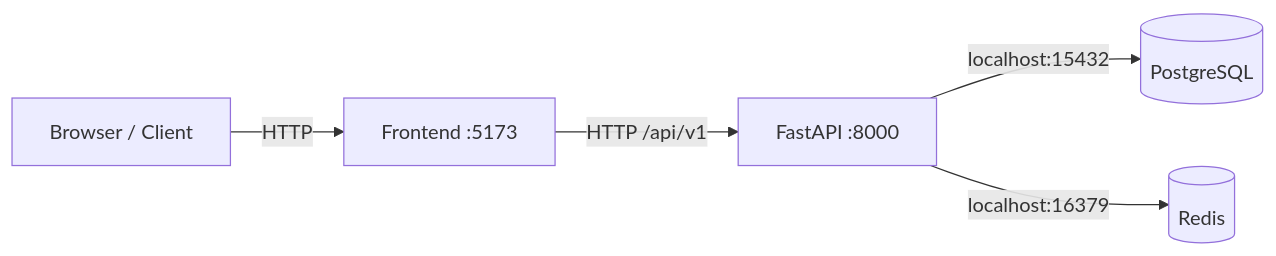
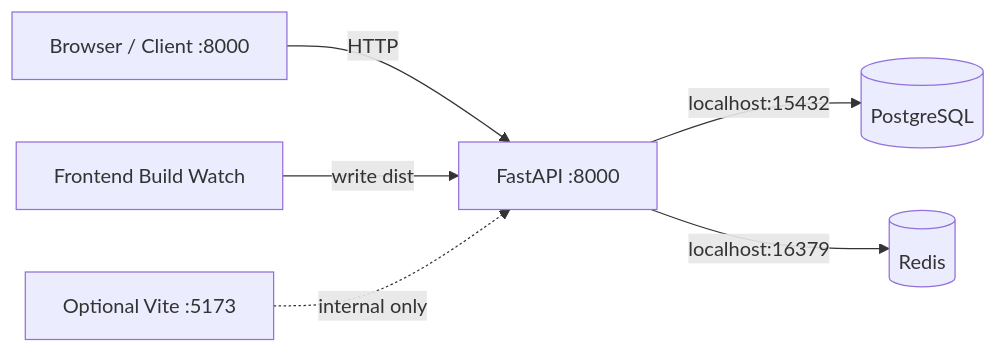
One commit to Gujiaweiguo/mysqlbot changed the second of 2 diagrams in docs/system-architecture.md. Above: the diagram before and after it, drawn with Mermaid. The commit also changed other lines of this file and 2 other files, not shown here.

````diff
--- a/docs/system-architecture.md
+++ b/docs/system-architecture.md
@@ -47,8 +48,9 @@
 ```mermaid
 flowchart LR
-    U[Browser / Client] -->|HTTP| FE[Frontend :5173]
-    FE -->|HTTP /api/v1| BE[FastAPI :8000]
+    U[Browser / Client :8000] -->|HTTP| BE[FastAPI :8000]
+    FW[Frontend Build Watch] -->|write dist| BE
+    VITE[Optional Vite :5173] -. internal only .-> BE
 
     BE -->|localhost:15432| PG[(PostgreSQL)]
     BE -->|localhost:16379| RD[(Redis)]
 ```
````
